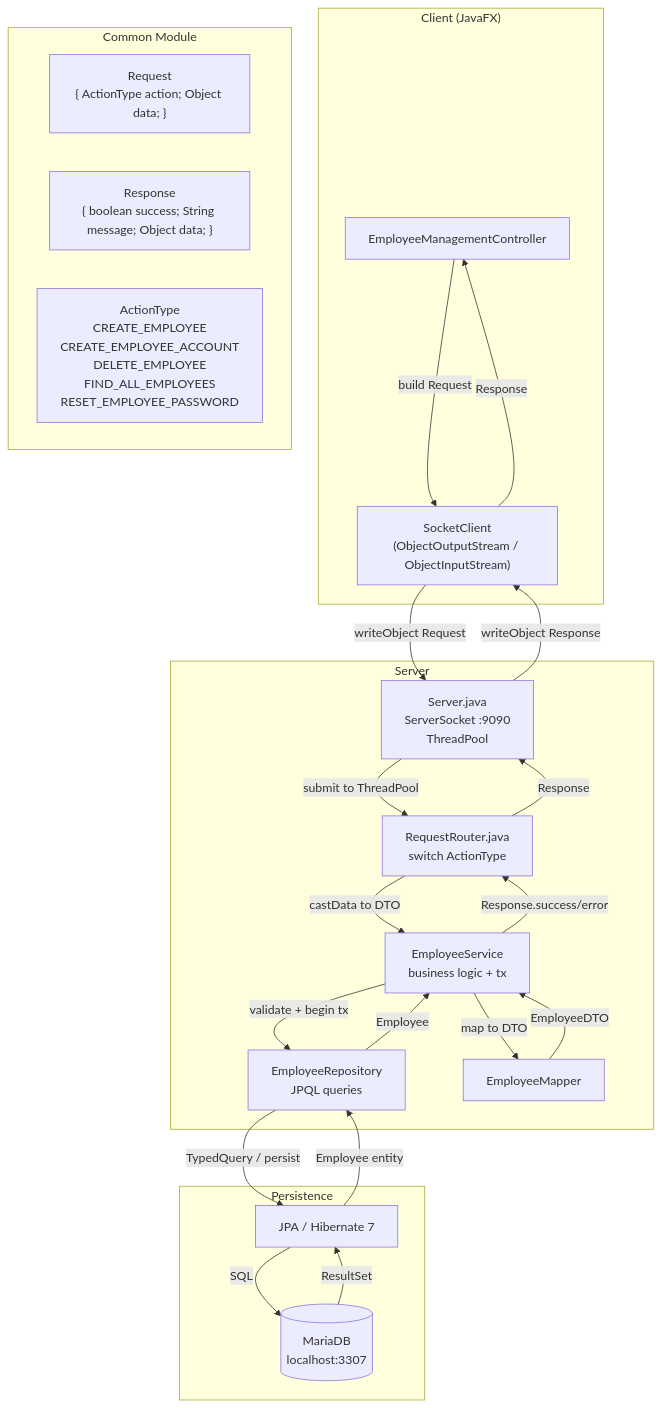
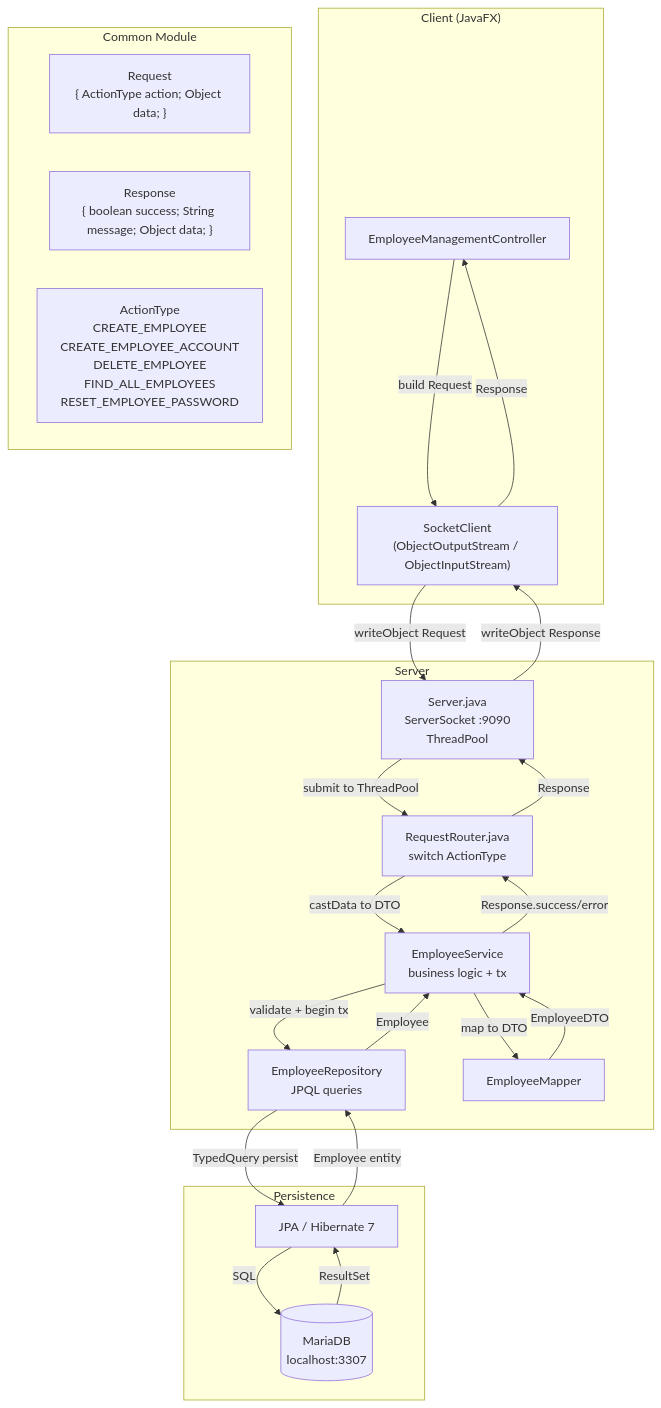
The first of 7 diagrams in docs/diagrams/sequence/uc013-quan-ly-nhan-vien.md (Distributed-Programing-Project/railway-reservation-system-server), drawn with Mermaid before and after one commit. The commit also changed 1 other file, not shown here.

Commit message:
fix(diagram): remove square brackets and slashes from mermaid edge labels
Made-with: Cursor

````diff
--- a/docs/diagrams/sequence/uc013-quan-ly-nhan-vien.md
+++ b/docs/diagrams/sequence/uc013-quan-ly-nhan-vien.md
@@ -5,43 +5,43 @@
 ```mermaid
 graph TB
     subgraph CLIENT ["Client (JavaFX)"]
         UI["EmployeeManagementController"]
         SC["SocketClient\n(ObjectOutputStream / ObjectInputStream)"]
     end
 
     subgraph COMMON ["Common Module"]
         REQ["Request\n{ ActionType action; Object data; }"]
         RES["Response\n{ boolean success; String message; Object data; }"]
         AT["ActionType\nCREATE_EMPLOYEE\nCREATE_EMPLOYEE_ACCOUNT\nDELETE_EMPLOYEE\nFIND_ALL_EMPLOYEES\nRESET_EMPLOYEE_PASSWORD"]
     end
 
     subgraph SERVER ["Server"]
         SRV["Server.java\nServerSocket :9090\nThreadPool"]
         RR["RequestRouter.java\nswitch ActionType"]
         ES["EmployeeService\nbusiness logic + tx"]
         ER["EmployeeRepository\nJPQL queries"]
         EM["EmployeeMapper"]
     end
 
     subgraph DB ["Persistence"]
         JPA["JPA / Hibernate 7"]
         MDB[("MariaDB\nlocalhost:3307")]
     end
 
     UI -->|"build Request"| SC
     SC -->|"writeObject Request"| SRV
     SRV -->|"submit to ThreadPool"| RR
     RR -->|"castData to DTO"| ES
     ES -->|"validate + begin tx"| ER
-    ER -->|"TypedQuery / persist"| JPA
+    ER -->|"TypedQuery persist"| JPA
     JPA -->|"SQL"| MDB
     MDB -->|"ResultSet"| JPA
     JPA -->|"Employee entity"| ER
     ER -->|"Employee"| ES
     ES -->|"map to DTO"| EM
     EM -->|"EmployeeDTO"| ES
     ES -->|"Response.success/error"| RR
     RR -->|"Response"| SRV
     SRV -->|"writeObject Response"| SC
     SC -->|"Response"| UI
 ```
````
